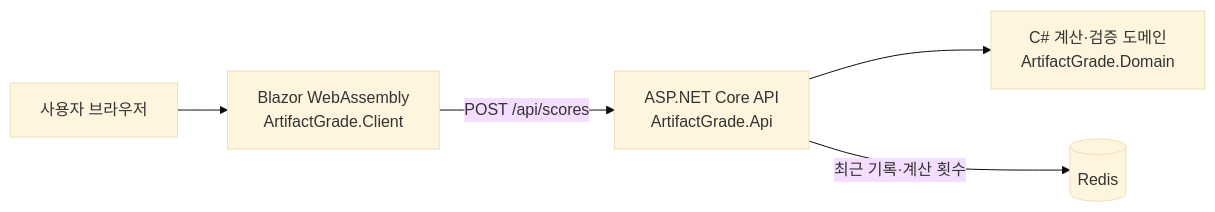
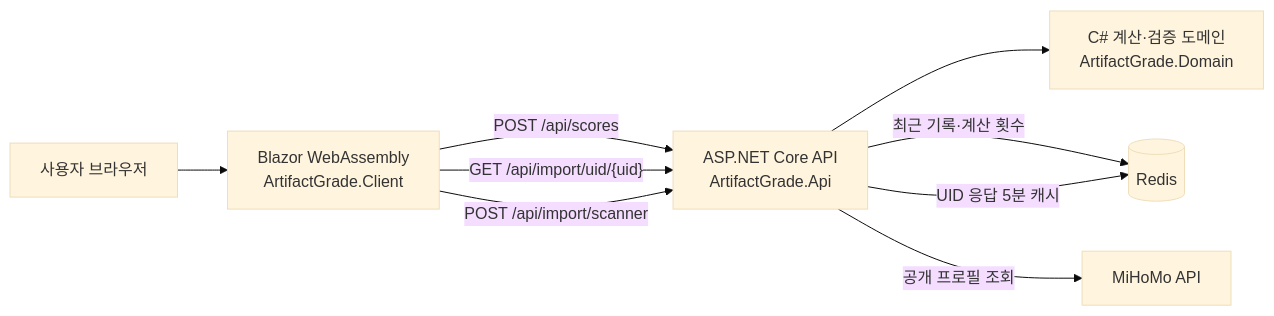
Before and after one commit to arke0909/Honkai-Starrail-Artifact-Grade: the diagram in README.md, drawn with Mermaid (base theme). The commit also changed other lines of this file and 23 other files, not shown here.

````diff
--- a/README.md
+++ b/README.md
@@ -21,7 +25,11 @@
 ```mermaid
 flowchart LR
     U["사용자 브라우저"] --> C["Blazor WebAssembly\nArtifactGrade.Client"]
     C -->|"POST /api/scores"| A["ASP.NET Core API\nArtifactGrade.Api"]
+    C -->|"GET /api/import/uid/{uid}"| A
+    C -->|"POST /api/import/scanner"| A
     A --> D["C# 계산·검증 도메인\nArtifactGrade.Domain"]
     A -->|"최근 기록·계산 횟수"| R[(Redis)]
+    A -->|"공개 프로필 조회"| M["MiHoMo API"]
+    A -->|"UID 응답 5분 캐시"| R
 ```
````
